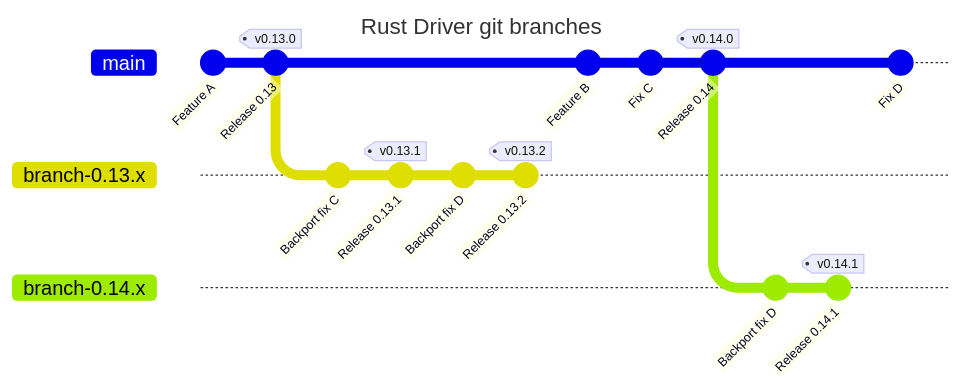
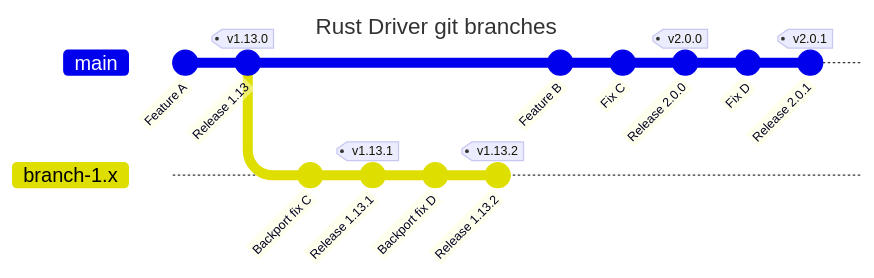
The diagram in MAINTENANCE.md (scylladb/scylla-rust-driver), drawn with Mermaid before and after one commit. The commit also changed other lines of this file, not shown here.

````diff
--- a/MAINTENANCE.md
+++ b/MAINTENANCE.md
@@ -75,25 +79,20 @@
 ```mermaid
 ---
 title: Rust Driver git branches
 ---
 gitGraph
    commit id: "Feature A"
-   commit id: "Release 0.13" tag: "v0.13.0"
-   branch branch-0.13.x
-   checkout branch-0.13.x
+   commit id: "Release 1.13" tag: "v1.13.0"
+   branch branch-1.x
+   checkout branch-1.x
    commit id: "Backport fix C"
-   commit id: "Release 0.13.1" tag: "v0.13.1"
+   commit id: "Release 1.13.1" tag: "v1.13.1"
    commit id: "Backport fix D"
-   commit id: "Release 0.13.2" tag: "v0.13.2"
+   commit id: "Release 1.13.2" tag: "v1.13.2"
    checkout main
    commit id: "Feature B"
    commit id: "Fix C"
-   commit id: "Release 0.14" tag: "v0.14.0"
-   branch branch-0.14.x
-   checkout branch-0.14.x
-   commit id: "Backport fix D " %% Space at the end because mermaid doesn't 
-   %% allow duplicate labels and totally breaks the graph without this space
-   commit id: "Release 0.14.1" tag: "v0.14.1"
-   checkout main
+   commit id: "Release 2.0.0" tag: "v2.0.0"
    commit id: "Fix D"
+   commit id: "Release 2.0.1" tag: "v2.0.1"
 ```
````
